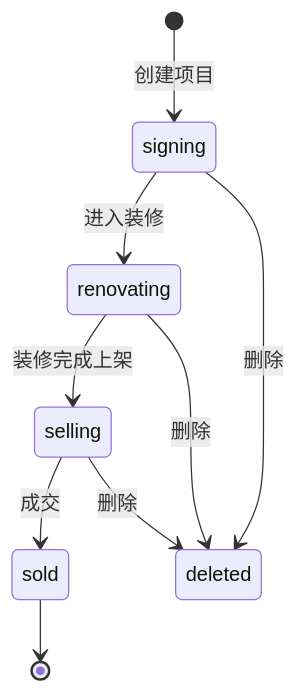
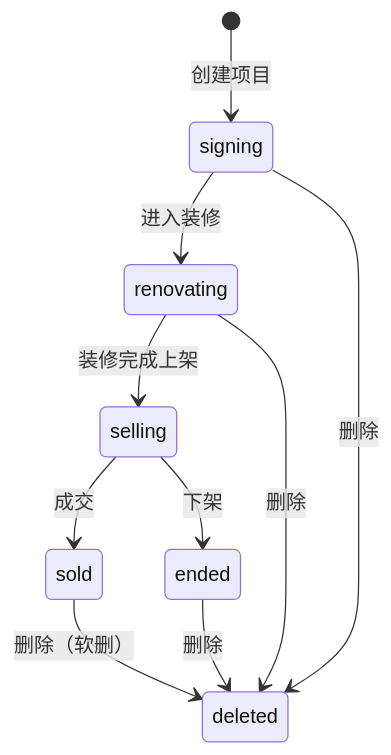
One commit to kakaoxy/profo changed the sixth of 11 diagrams in README.md. Above: the diagram before and after it, drawn with Mermaid. The commit also changed other lines of this file, not shown here.

````diff
--- a/README.md
+++ b/README.md
@@ -874,11 +1144,12 @@
 ```mermaid
 stateDiagram-v2
     [*] --> signing: 创建项目
     signing --> renovating: 进入装修
     renovating --> selling: 装修完成上架
     selling --> sold: 成交
-    sold --> [*]
+    selling --> ended: 下架
+    ended --> deleted: 删除
+    sold --> deleted: 删除（软删）
     signing --> deleted: 删除
     renovating --> deleted: 删除
-    selling --> deleted: 删除
 ```
````
